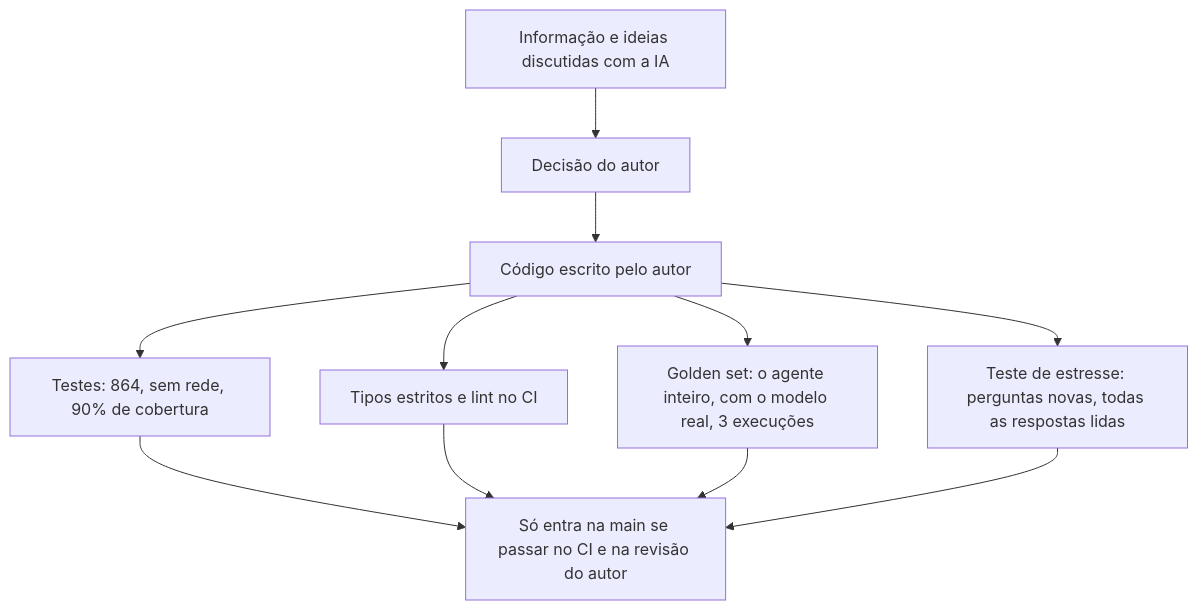
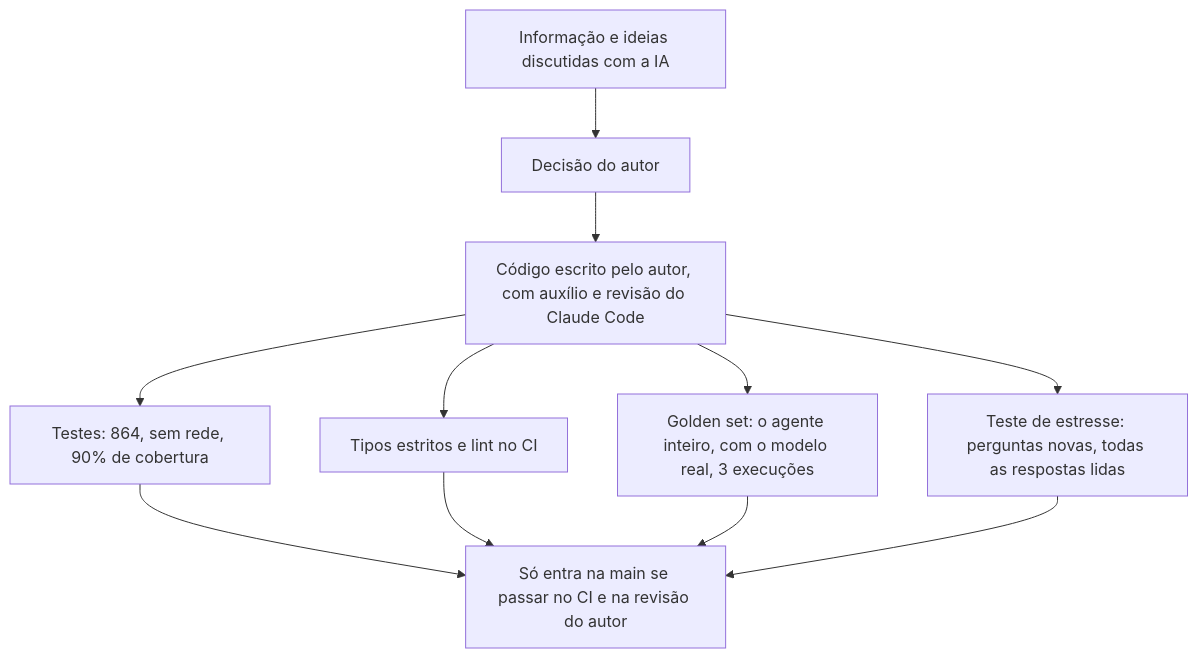
One commit to oericdacosta/emporio-assistant changed the third of 3 diagrams in docs/uso-de-ia.md. Above: the diagram before and after it, drawn with Mermaid. The commit also changed other lines of this file and 1 other file, not shown here.

Commit message:
docs(ai): describe how I use AI as code reviewer and writing aid

````diff
--- a/docs/uso-de-ia.md
+++ b/docs/uso-de-ia.md
@@ -153,10 +156,10 @@
 ```mermaid
 flowchart TB
     IN["Informação e ideias discutidas com a IA"] --> D["Decisão do autor"]
-    D --> CODE["Código escrito pelo autor"]
+    D --> CODE["Código escrito pelo autor, com auxílio e revisão do Claude Code"]
     CODE --> V1["Testes: 864, sem rede, 90% de cobertura"]
     CODE --> V2["Tipos estritos e lint no CI"]
     CODE --> V3["Golden set: o agente inteiro, com o modelo real, 3 execuções"]
     CODE --> V4["Teste de estresse: perguntas novas, todas as respostas lidas"]
     V1 & V2 & V3 & V4 --> OK["Só entra na main se passar no CI e na revisão do autor"]
 ```
````
